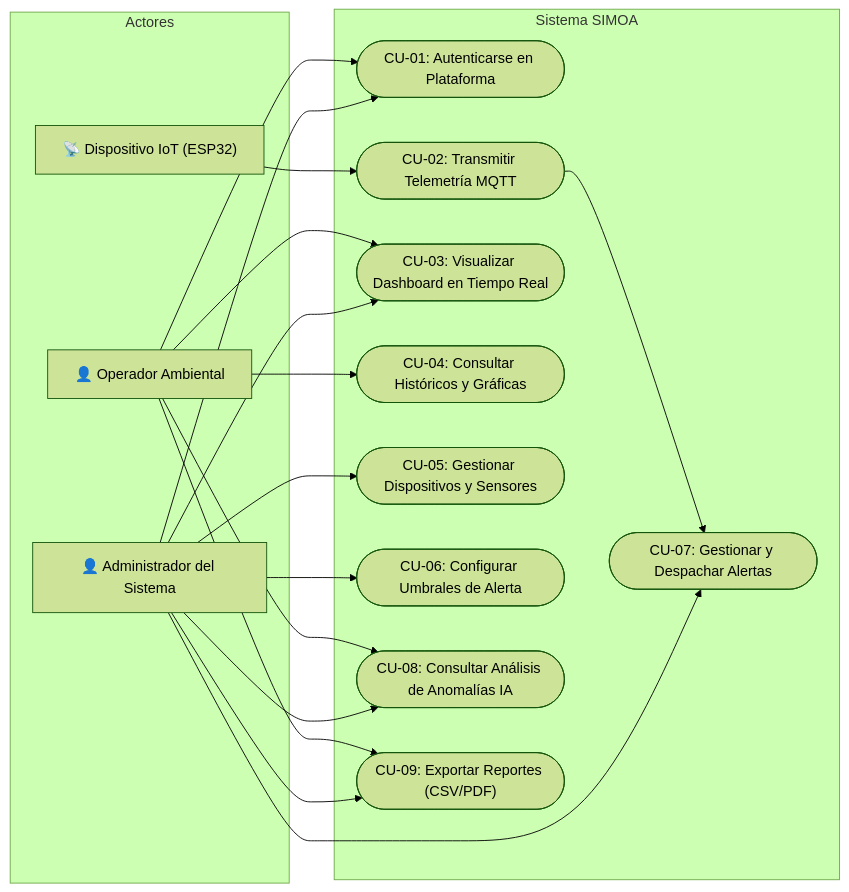
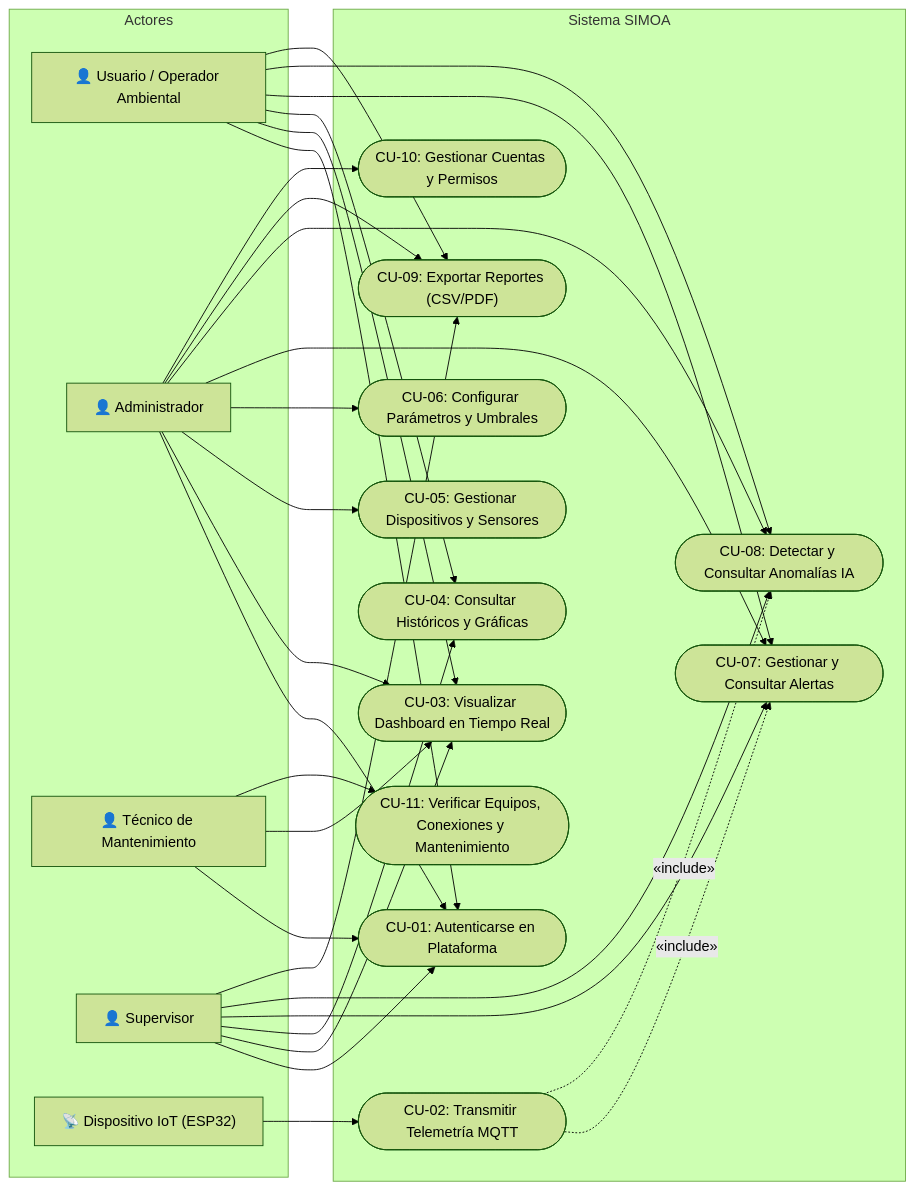
One commit to LuzElianaSanchezTovar666/Sistema_oit_de_monitoreo_ambiental changed the first of 15 diagrams in docs/SRS_SIMOA.md. Above: the diagram before and after it, drawn with Mermaid (forest theme). The commit also changed other lines of this file, not shown here.

Commit message:
docs(srs): agregar diagramas de casos de uso especificos, 4 perfiles de actor y matriz de coherencia

````diff
--- a/docs/SRS_SIMOA.md
+++ b/docs/SRS_SIMOA.md
@@ -221,37 +225,55 @@
 ```mermaid
 flowchart LR
     subgraph Actores
-        Operador["👤 Operador Ambiental"]
-        Admin["👤 Administrador del Sistema"]
+        Usuario["👤 Usuario / Operador Ambiental"]
+        Admin["👤 Administrador"]
+        Tecnico["👤 Técnico de Mantenimiento"]
+        Supervisor["👤 Supervisor"]
         ESP32Node["📡 Dispositivo IoT (ESP32)"]
     end
 
     subgraph "Sistema SIMOA"
         CU01(["CU-01: Autenticarse en Plataforma"])
         CU02(["CU-02: Transmitir Telemetría MQTT"])
         CU03(["CU-03: Visualizar Dashboard en Tiempo Real"])
         CU04(["CU-04: Consultar Históricos y Gráficas"])
         CU05(["CU-05: Gestionar Dispositivos y Sensores"])
-        CU06(["CU-06: Configurar Umbrales de Alerta"])
-        CU07(["CU-07: Gestionar y Despachar Alertas"])
-        CU08(["CU-08: Consultar Análisis de Anomalías IA"])
+        CU06(["CU-06: Configurar Parámetros y Umbrales"])
+        CU07(["CU-07: Gestionar y Consultar Alertas"])
+        CU08(["CU-08: Detectar y Consultar Anomalías IA"])
         CU09(["CU-09: Exportar Reportes (CSV/PDF)"])
+        CU10(["CU-10: Gestionar Cuentas y Permisos"])
+        CU11(["CU-11: Verificar Equipos, Conexiones y Mantenimiento"])
     end
 
     ESP32Node --> CU02
-    CU02 --> CU07
-    
-    Operador --> CU01
-    Operador --> CU03
-    Operador --> CU04
-    Operador --> CU08
-    Operador --> CU09
+    CU02 -.->|«include»| CU07
+    CU02 -.->|«include»| CU08
+
+    Usuario --> CU01
+    Usuario --> CU03
+    Usuario --> CU04
+    Usuario --> CU07
+    Usuario --> CU08
+    Usuario --> CU09
 
     Admin --> CU01
     Admin --> CU03
     Admin --> CU05
     Admin --> CU06
     Admin --> CU07
     Admin --> CU08
     Admin --> CU09
+    Admin --> CU10
+
+    Tecnico --> CU01
+    Tecnico --> CU03
+    Tecnico --> CU11
+
+    Supervisor --> CU01
+    Supervisor --> CU03
+    Supervisor --> CU04
+    Supervisor --> CU07
+    Supervisor --> CU08
+    Supervisor --> CU09
 ```
````
